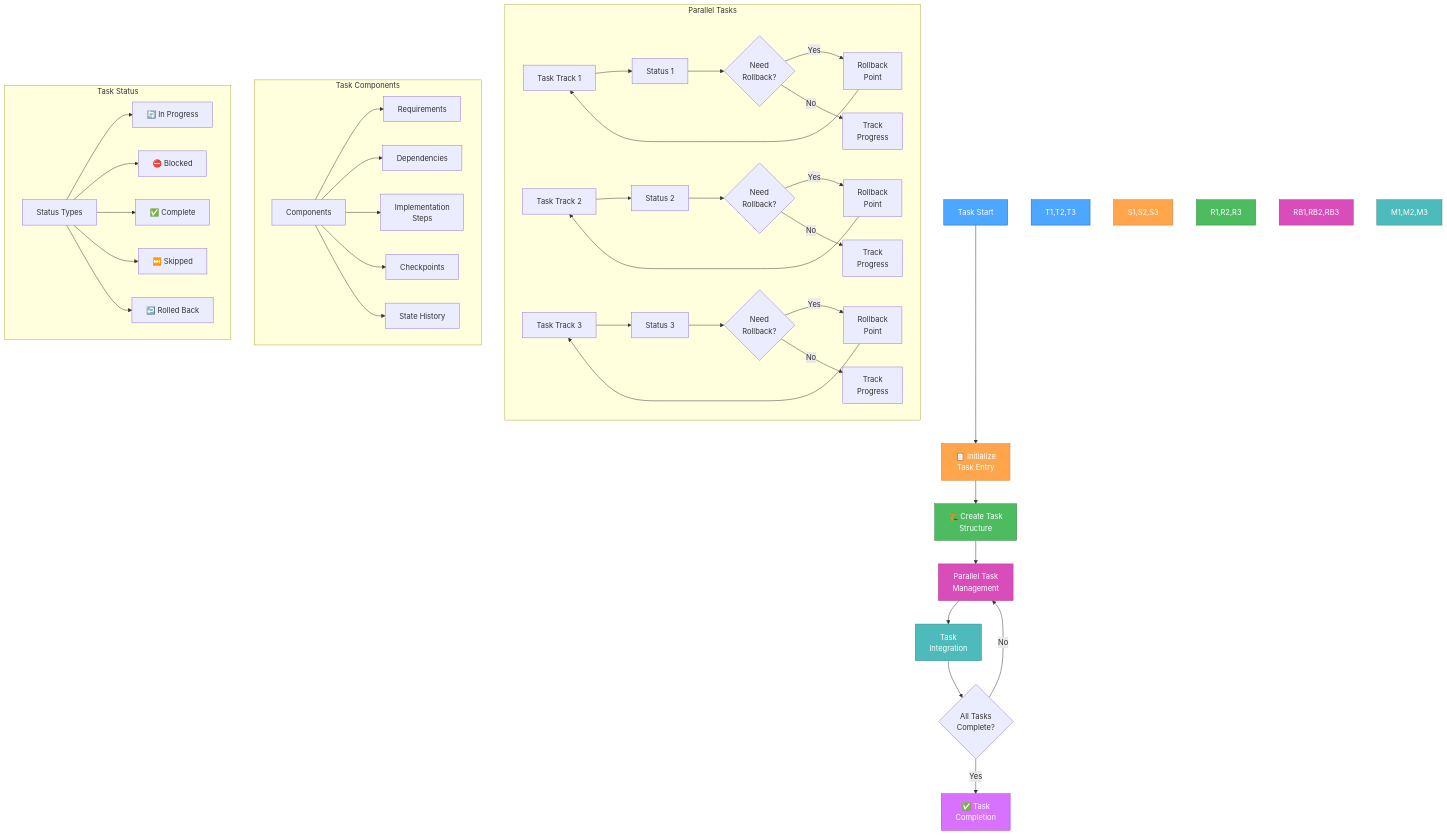
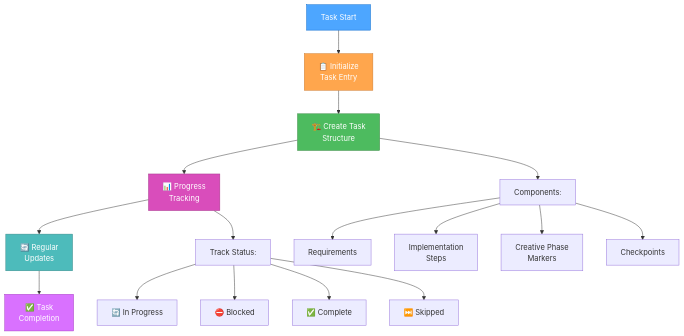
One commit to 7Spade/cursor-memory-bank changed the first of 4 diagrams in .cursor/rules/isolation_rules/Level3/task-tracking-intermediate.mdc. Above: the diagram before and after it, drawn with Mermaid. The commit also changed other lines of this file and 4 other files, not shown here.

Commit message:
feat: Revise creative phase enforcement and metrics documentation; streamline task tracking processes, enhance verification protocols, and update task entry templates to improve clarity and efficiency in project management.

````diff
--- a/.cursor/rules/isolation_rules/Level3/task-tracking-intermediate.mdc
+++ b/.cursor/rules/isolation_rules/Level3/task-tracking-intermediate.mdc
@@ -12,66 +12,27 @@
 ```mermaid
 graph TD
     Start["Task Start"] --> Init["📋 Initialize<br>Task Entry"]
     Init --> Struct["🏗️ Create Task<br>Structure"]
+    Struct --> Track["📊 Progress<br>Tracking"]
+    Track --> Update["🔄 Regular<br>Updates"]
+    Update --> Complete["✅ Task<br>Completion"]
     
-    Struct --> ParallelTracks["Parallel Task<br>Management"]
+    Struct --> Components["Components:"]
+    Components --> Req["Requirements"]
+    Components --> Steps["Implementation<br>Steps"]
+    Components --> Creative["Creative Phase<br>Markers"]
+    Components --> Check["Checkpoints"]
     
-    subgraph "Parallel Tasks"
-        T1["Task Track 1"]
-        T2["Task Track 2"]
-        T3["Task Track 3"]
-        
-        T1 --> S1["Status 1"]
-        T2 --> S2["Status 2"]
-        T3 --> S3["Status 3"]
-        
-        S1 --> R1{"Need<br>Rollback?"}
-        S2 --> R2{"Need<br>Rollback?"}
-        S3 --> R3{"Need<br>Rollback?"}
-        
-        R1 -->|Yes| RB1["Rollback<br>Point"]
-        R2 -->|Yes| RB2["Rollback<br>Point"]
-        R3 -->|Yes| RB3["Rollback<br>Point"]
-        
-        RB1 --> T1
-        RB2 --> T2
-        RB3 --> T3
-        
-        R1 -->|No| M1["Track<br>Progress"]
-        R2 -->|No| M2["Track<br>Progress"]
-        R3 -->|No| M3["Track<br>Progress"]
-    end
-    
-    ParallelTracks --> Integration["Task<br>Integration"]
-    Integration --> Verify{"All Tasks<br>Complete?"}
-    Verify -->|No| ParallelTracks
-    Verify -->|Yes| Complete["✅ Task<br>Completion"]
-    
-    subgraph "Task Components"
-        Components["Components"] --> Req["Requirements"]
-        Components --> Deps["Dependencies"]
-        Components --> Steps["Implementation<br>Steps"]
-        Components --> Check["Checkpoints"]
-        Components --> History["State History"]
-    end
-    
-    subgraph "Task Status"
-        Status["Status Types"] --> InProg["🔄 In Progress"]
-        Status --> Block["⛔ Blocked"]
-        Status --> Done["✅ Complete"]
-        Status --> Skip["⏭️ Skipped"]
-        Status --> Roll["↩️ Rolled Back"]
-    end
+    Track --> Status["Track Status:"]
+    Status --> InProg["🔄 In Progress"]
+    Status --> Block["⛔ Blocked"]
+    Status --> Done["✅ Complete"]
+    Status --> Skip["⏭️ Skipped"]
     
     style Start fill:#4da6ff,stroke:#0066cc,color:white
     style Init fill:#ffa64d,stroke:#cc7a30,color:white
     style Struct fill:#4dbb5f,stroke:#36873f,color:white
-    style ParallelTracks fill:#d94dbb,stroke:#a3378a,color:white
-    style Integration fill:#4dbbbb,stroke:#368787,color:white
+    style Track fill:#d94dbb,stroke:#a3378a,color:white
+    style Update fill:#4dbbbb,stroke:#368787,color:white
     style Complete fill:#d971ff,stroke:#a33bc2,color:white
-    style T1,T2,T3 fill:#4da6ff,stroke:#0066cc,color:white
-    style S1,S2,S3 fill:#ffa64d,stroke:#cc7a30,color:white
-    style R1,R2,R3 fill:#4dbb5f,stroke:#36873f,color:white
-    style RB1,RB2,RB3 fill:#d94dbb,stroke:#a3378a,color:white
-    style M1,M2,M3 fill:#4dbbbb,stroke:#368787,color:white
 ```
````
